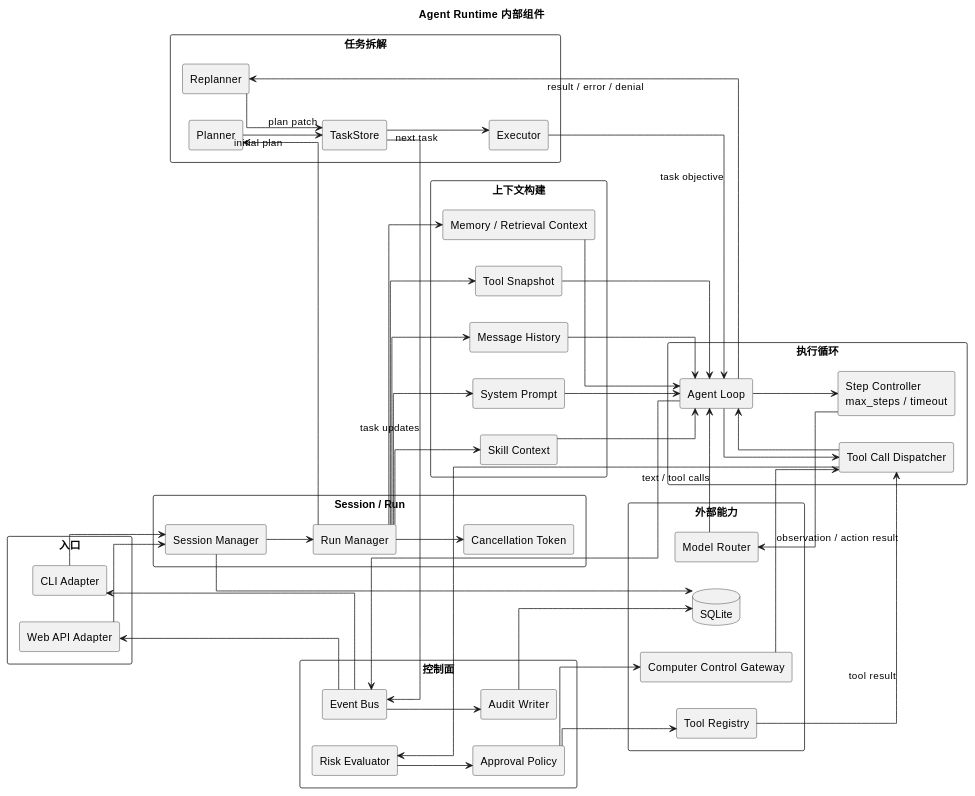
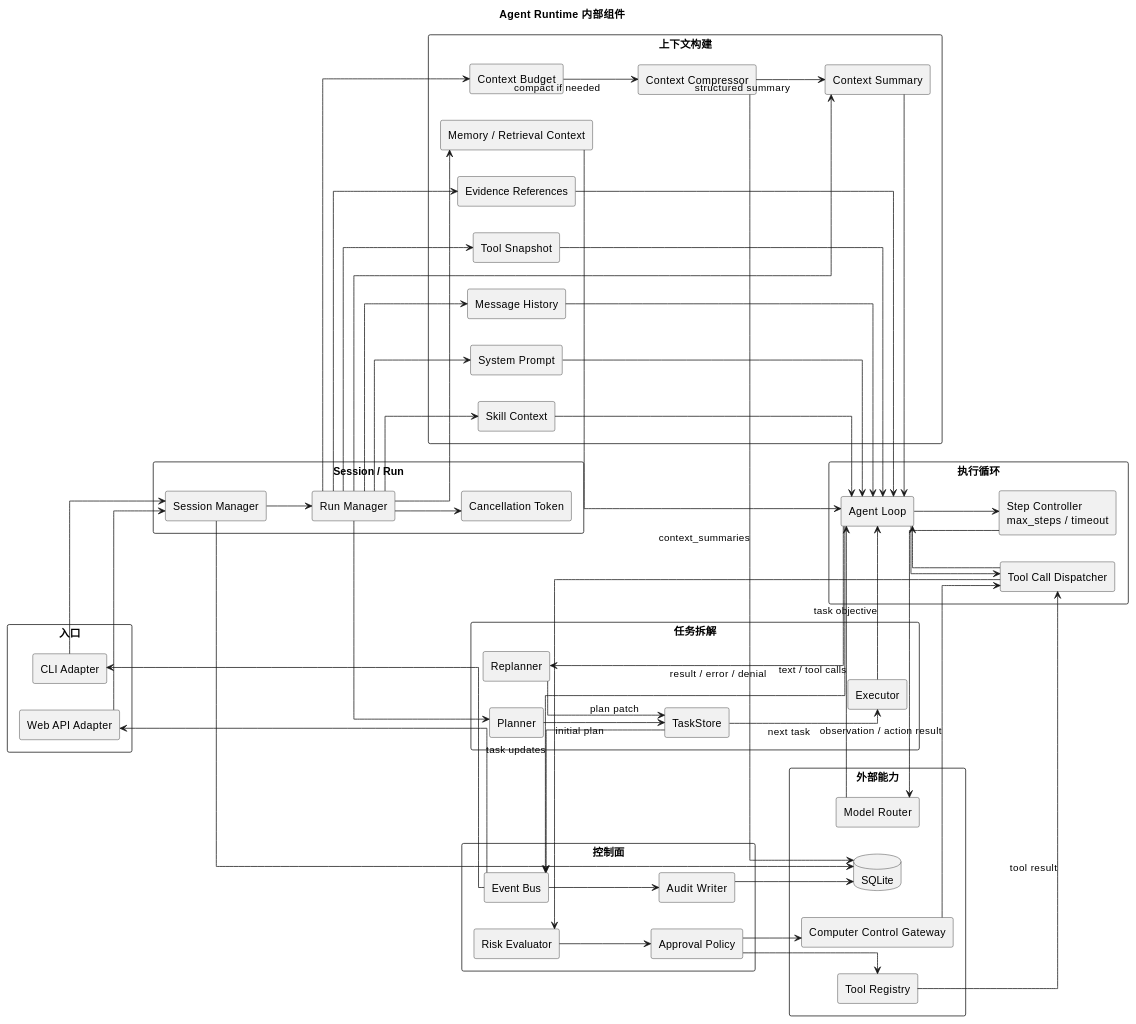
The ninth of 17 diagrams in docs/technical_architecture.md (Amaz1ngJR/AgentLab), drawn with PlantUML before and after one commit. The commit also changed other lines of this file and 25 other files, not shown here.

```diff
--- a/docs/technical_architecture.md
+++ b/docs/technical_architecture.md
@@ -822,6 +982,10 @@
   [System Prompt] as Prompt
   [Skill Context] as Skill
   [Memory / Retrieval Context] as Memory
+  [Context Budget] as ContextBudget
+  [Context Compressor] as Compressor
+  [Context Summary] as Summary
+  [Evidence References] as Evidence
   [Tool Snapshot] as ToolSnapshot
 }
 
@@ -859,11 +1023,19 @@
 Run --> Prompt
 Run --> Skill
 Run --> Memory
+Run --> ContextBudget
+Run --> Summary
+Run --> Evidence
 Run --> ToolSnapshot
 History --> Loop
 Prompt --> Loop
 Skill --> Loop
 Memory --> Loop
+ContextBudget --> Compressor : compact if needed
+Compressor --> Summary : structured summary
+Compressor --> DB : context_summaries
+Summary --> Loop
+Evidence --> Loop
 ToolSnapshot --> Loop
 Loop --> Step
 Step --> Model
```
